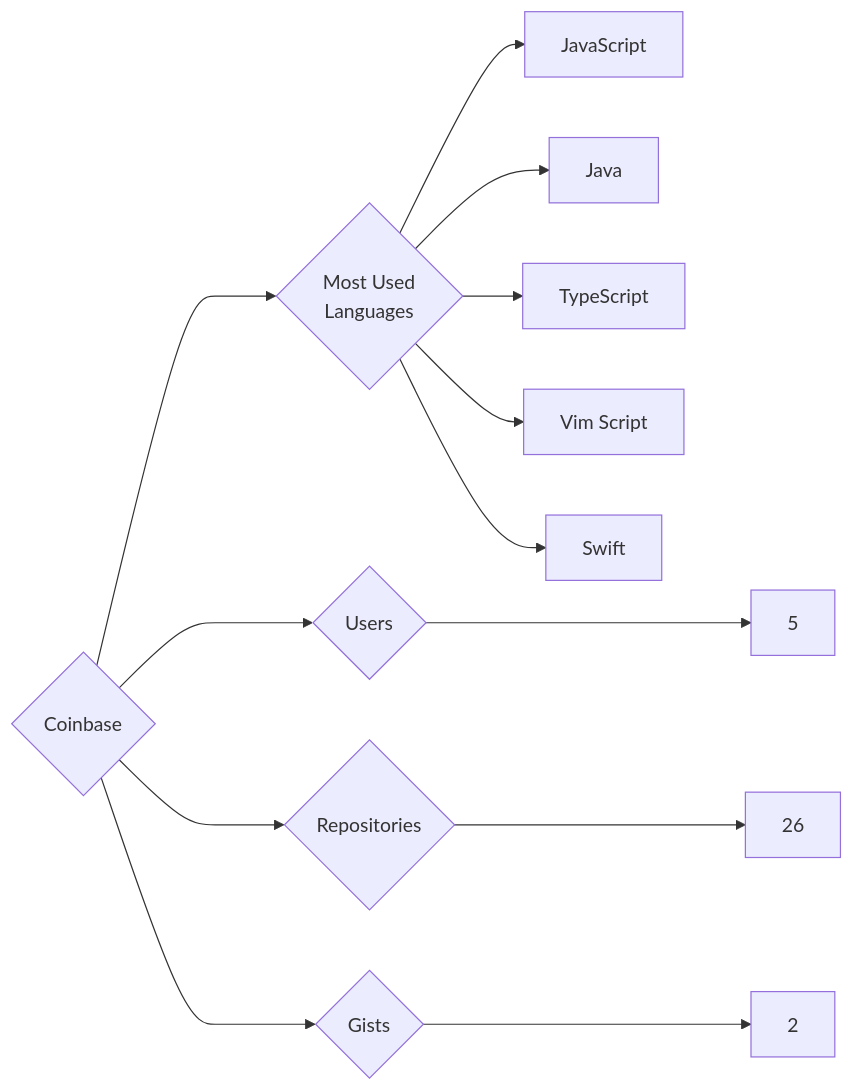
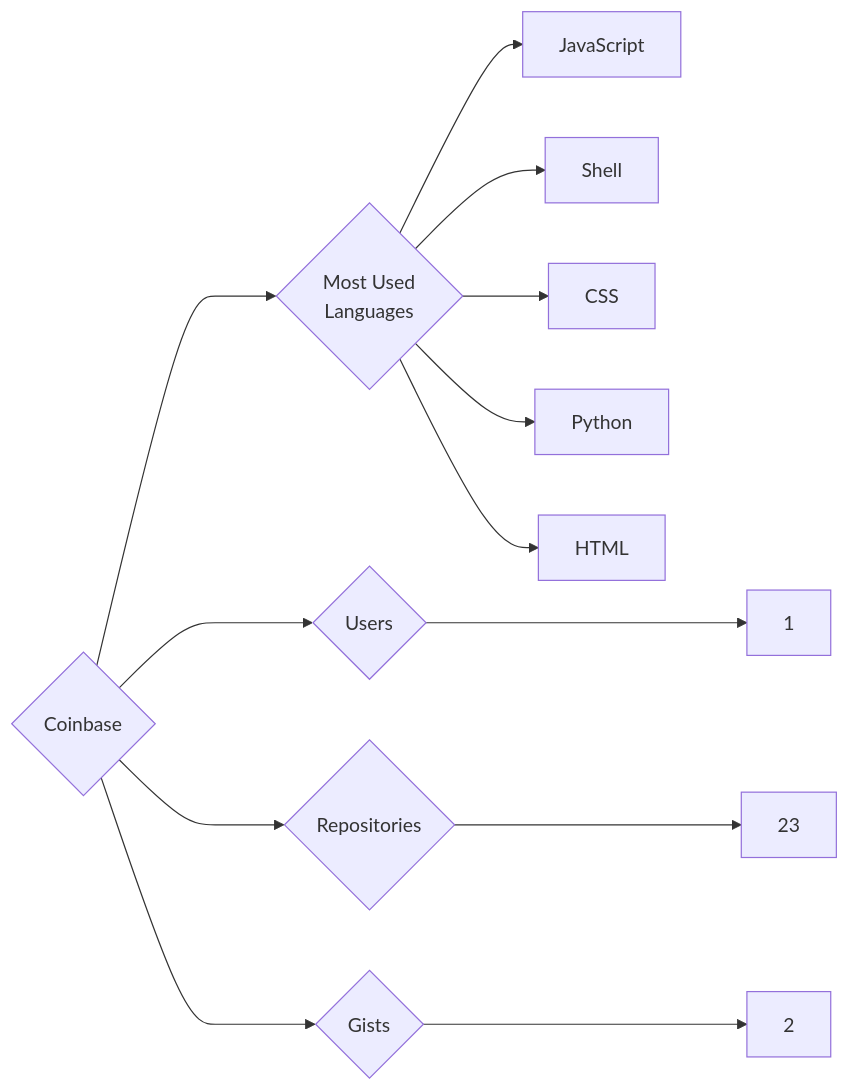
One commit to trickest/insiders changed the diagram in targets/Coinbase/README.md. Above: the diagram before and after it, drawn with Mermaid. The commit also changed 815 other files, not shown here.

````diff
--- a/targets/Coinbase/README.md
+++ b/targets/Coinbase/README.md
@@ -3,13 +3,13 @@
 ```mermaid
 graph LR
 COMPANY_NAME{Coinbase}
-COMPANY_NAME ---> U{Users} ---> UN[5]
-COMPANY_NAME ---> R{Repositories} ---> RN[26]
+COMPANY_NAME ---> U{Users} ---> UN[1]
+COMPANY_NAME ---> R{Repositories} ---> RN[23]
 COMPANY_NAME ---> G{Gists} ---> GN[2]
 COMPANY_NAME ---> ML{Most Used<br>Languages}
 ML --> JavaScript[JavaScript]
-ML --> Java[Java]
-ML --> TypeScript[TypeScript]
-ML --> Vim_Script[Vim Script]
-ML --> Swift[Swift]
+ML --> Shell[Shell]
+ML --> CSS[CSS]
+ML --> Python[Python]
+ML --> HTML[HTML]
 ```
````
